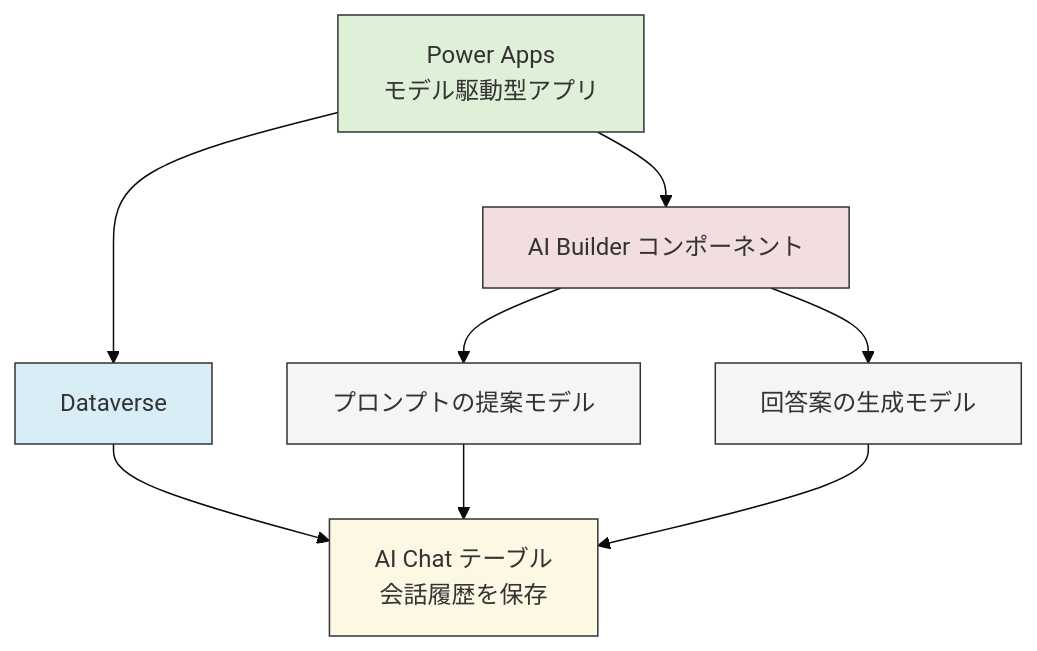
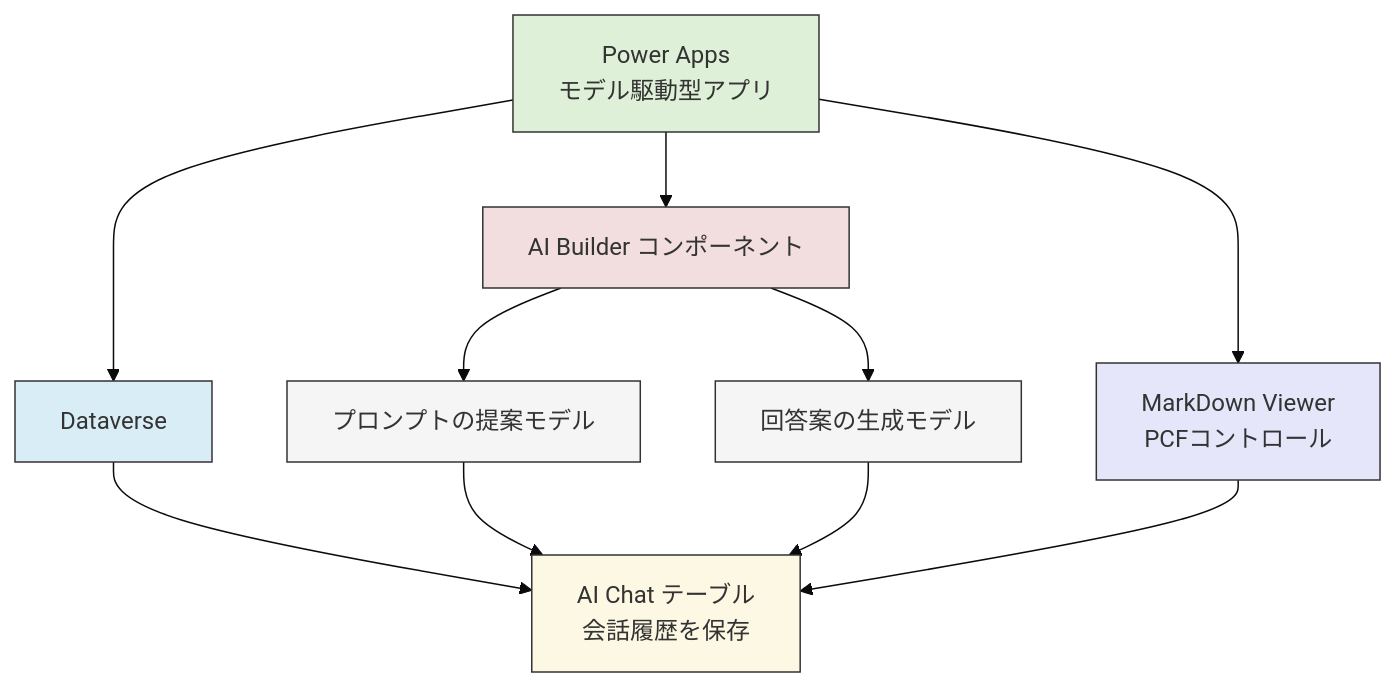
Before and after one commit to geekfujiwara/ChatUI: the diagram in README.md, drawn with Mermaid (base theme). The commit also changed other lines of this file, not shown here.

````diff
--- a/README.md
+++ b/README.md
@@ -12,19 +21,24 @@
 ```mermaid
 graph TD
   A[Power Apps<br>モデル駆動型アプリ] --> B[Dataverse]
   B --> C[AI Chat テーブル<br>会話履歴を保存]
   A --> D[AI Builder コンポーネント]
 
   D --> E1[プロンプトの提案モデル]
   D --> E2[回答案の生成モデル]
 
   E1 --> C
   E2 --> C
 
+  A --> G[MarkDown Viewer<br>PCFコントロール]
+  G --> C
+
   style A fill:#dff0d8,stroke:#333,stroke-width:1px
   style B fill:#d9edf7,stroke:#333,stroke-width:1px
   style C fill:#fcf8e3,stroke:#333,stroke-width:1px
   style D fill:#f2dede,stroke:#333,stroke-width:1px
   style E1 fill:#f5f5f5,stroke:#333,stroke-width:1px
   style E2 fill:#f5f5f5,stroke:#333,stroke-width:1px
+  style G fill:#e6e6fa,stroke:#333,stroke-width:1px
+
 ```
````
